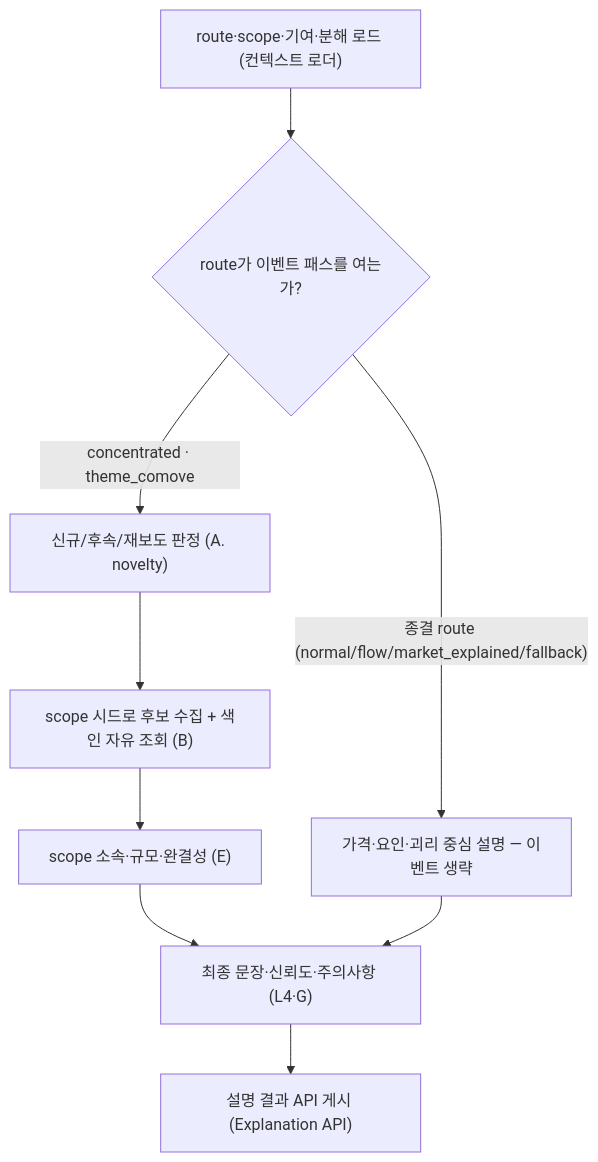
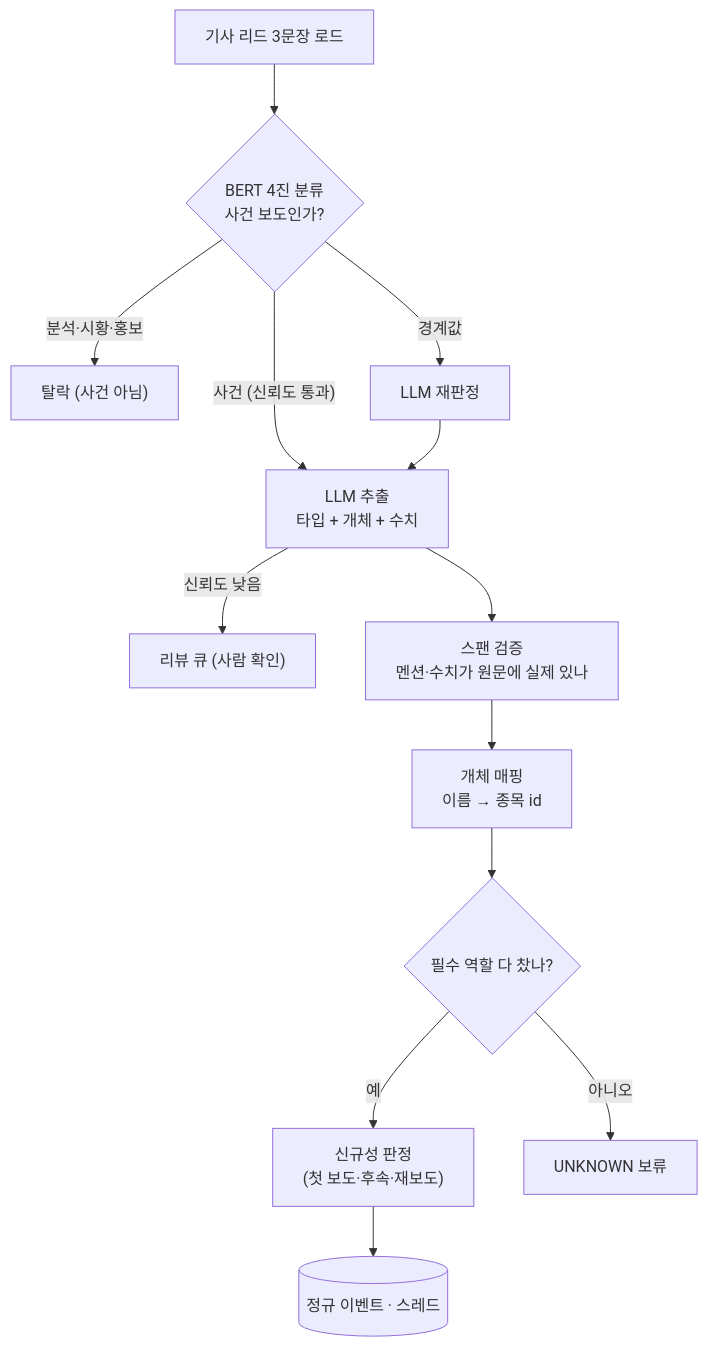
Before and after one commit to alphaeveryday/edge: the sixth of 7 diagrams in src/apps/analysis-engine/docs/baseline/analysis-engine-design.md, drawn with Mermaid. The commit also changed other lines of this file and 14 other files, not shown here.

````diff
--- a/src/apps/analysis-engine/docs/baseline/analysis-engine-design.md
+++ b/src/apps/analysis-engine/docs/baseline/analysis-engine-design.md
@@ -288,11 +282,15 @@
 ```mermaid
 flowchart TD
-    CTX["route·scope·기여·분해 로드 (컨텍스트 로더)"] --> P{"route가 이벤트 패스를 여는가?"}
-    P -->|"종결 route (normal/flow/market_explained/fallback)"| PO["가격·요인·괴리 중심 설명 — 이벤트 생략"]
-    P -->|"concentrated · theme_comove"| A["신규/후속/재보도 판정 (A. novelty)"]
-    A --> B["scope 시드로 후보 수집 + 색인 자유 조회 (B)"]
-    B --> E1["scope 소속·규모·완결성 (E)"]
-    E1 --> G["최종 문장·신뢰도·주의사항 (L4·G)"]
-    PO --> G
-    G --> API["설명 결과 API 게시 (Explanation API)"]
+    A["기사 리드 3문장 로드"] --> G{"BERT 4진 분류<br/>사건 보도인가?"}
+    G -->|"분석·시황·홍보"| DROP["탈락 (사건 아님)"]
+    G -->|"사건 (신뢰도 통과)"| EX["LLM 추출<br/>타입 + 개체 + 수치"]
+    G -->|"경계값"| RE["LLM 재판정"]
+    RE --> EX
+    EX -->|"신뢰도 낮음"| RQ["리뷰 큐 (사람 확인)"]
+    EX --> SPAN["스팬 검증<br/>멘션·수치가 원문에 실제 있나"]
+    SPAN --> MAP["개체 매핑<br/>이름 → 종목 id"]
+    MAP --> COMP{"필수 역할 다 찼나?"}
+    COMP -->|"예"| NOV["신규성 판정<br/>(첫 보도·후속·재보도)"]
+    COMP -->|"아니오"| UNK["UNKNOWN 보류"]
+    NOV --> T[("정규 이벤트 · 스레드")]
 ```
````
